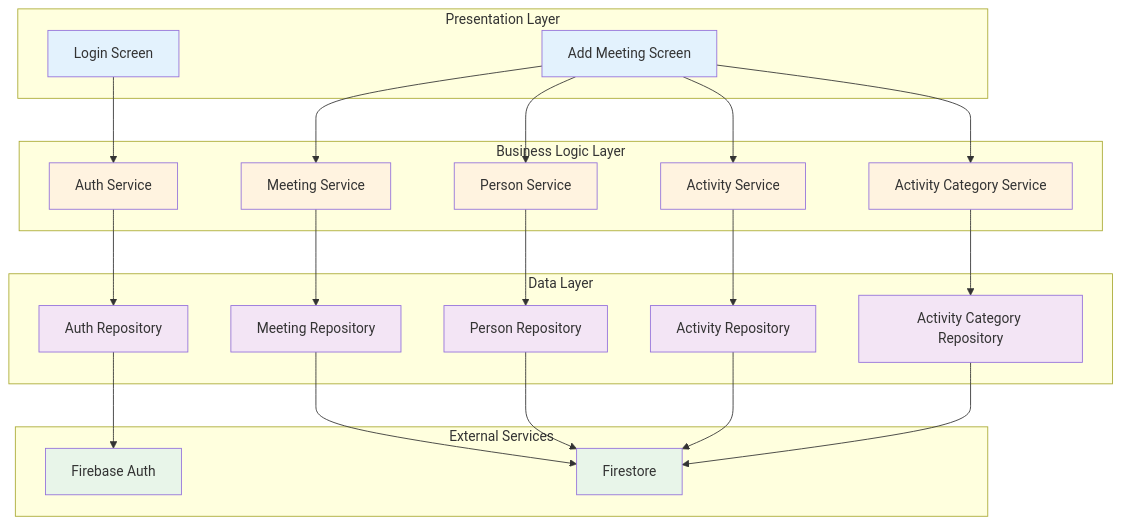
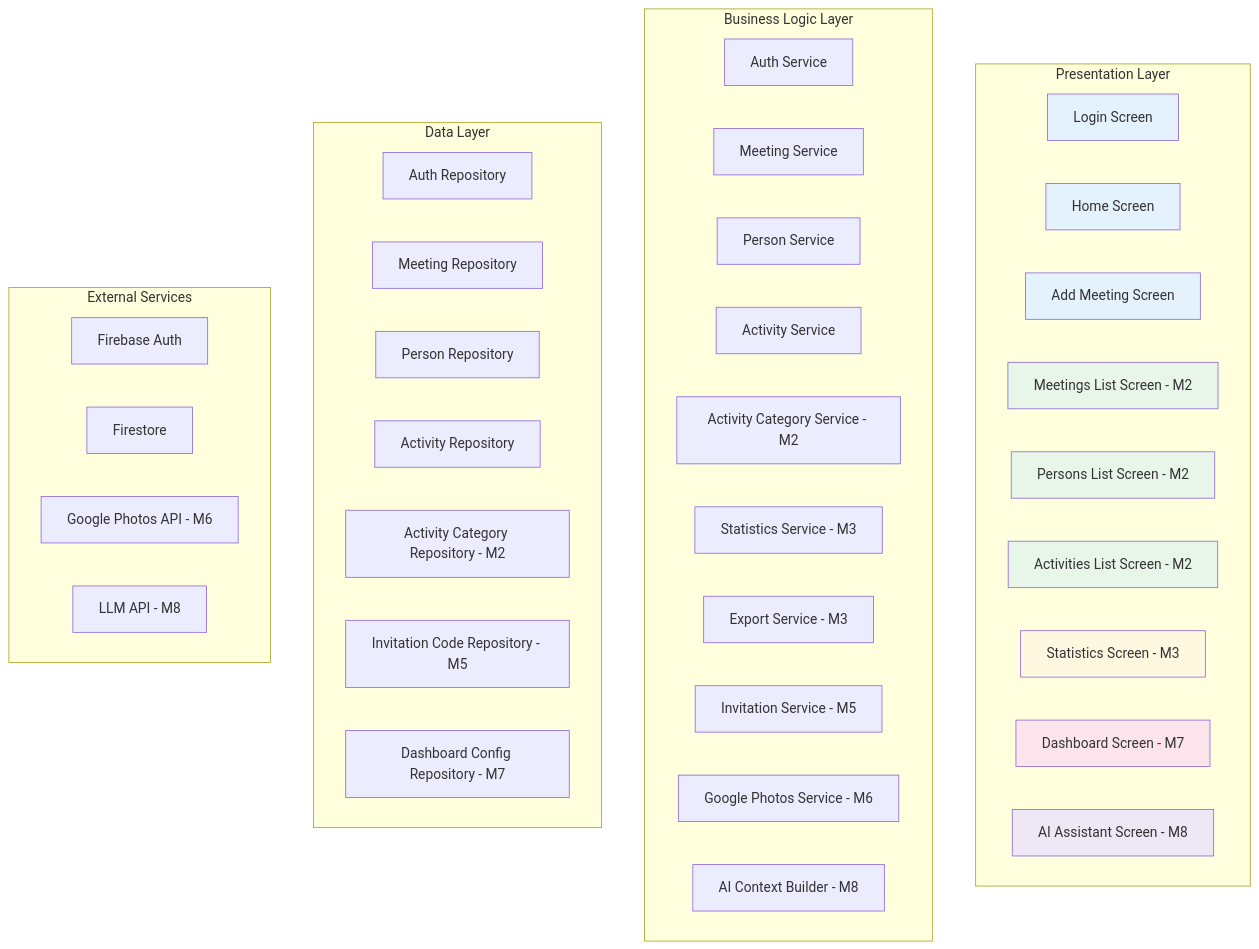
The third of 5 diagrams in docs/architecture.md (aleksanderginalski/Friendsheet-App), drawn with Mermaid before and after one commit. The commit also changed other lines of this file and 3 other files, not shown here.

````diff
--- a/docs/architecture.md
+++ b/docs/architecture.md
@@ -99,61 +128,54 @@
 ```mermaid
 graph TB
     subgraph "Presentation Layer"
         A1[Login Screen]
+        A2[Home Screen]
         A3[Add Meeting Screen]
+        A4[Meetings List Screen - M2]
+        A5[Persons List Screen - M2]
+        A6[Activities List Screen - M2]
+        A7[Statistics Screen - M3]
+        A8[Dashboard Screen - M7]
+        A9[AI Assistant Screen - M8]
     end
     
     subgraph "Business Logic Layer"
         B1[Auth Service]
         B2[Meeting Service]
         B3[Person Service]
         B4[Activity Service]
-        B5[Activity Category Service]
+        B5[Activity Category Service - M2]
+        B6[Statistics Service - M3]
+        B7[Export Service - M3]
+        B8[Invitation Service - M5]
+        B9[Google Photos Service - M6]
+        B10[AI Context Builder - M8]
     end
     
     subgraph "Data Layer"
         C1[Auth Repository]
         C2[Meeting Repository]
         C3[Person Repository]
         C4[Activity Repository]
-        C5[Activity Category Repository]
+        C5[Activity Category Repository - M2]
+        C6[Invitation Code Repository - M5]
+        C7[Dashboard Config Repository - M7]
     end
     
     subgraph "External Services"
         D1[Firebase Auth]
         D2[Firestore]
+        D3[Google Photos API - M6]
+        D4[LLM API - M8]
     end
     
-    A1 --> B1
-    A3 --> B2
-    A3 --> B3
-    A3 --> B4
-    A3 --> B5
-    
-    B1 --> C1
-    B2 --> C2
-    B3 --> C3
-    B4 --> C4
-    B5 --> C5
-    
-    C1 --> D1
-    C2 --> D2
-    C3 --> D2
-    C4 --> D2
-    C5 --> D2
-    
     style A1 fill:#E3F2FD
+    style A2 fill:#E3F2FD
     style A3 fill:#E3F2FD
-    style B1 fill:#FFF3E0
-    style B2 fill:#FFF3E0
-    style B3 fill:#FFF3E0
-    style B4 fill:#FFF3E0
-    style B5 fill:#FFF3E0
-    style C1 fill:#F3E5F5
-    style C2 fill:#F3E5F5
-    style C3 fill:#F3E5F5
-    style C4 fill:#F3E5F5
-    style C5 fill:#F3E5F5
-    style D1 fill:#E8F5E9
-    style D2 fill:#E8F5E9
+    style A4 fill:#E8F5E9
+    style A5 fill:#E8F5E9
+    style A6 fill:#E8F5E9
+    style A7 fill:#FFF8E1
+    style A8 fill:#FCE4EC
+    style A9 fill:#EDE7F6
 ```
````
